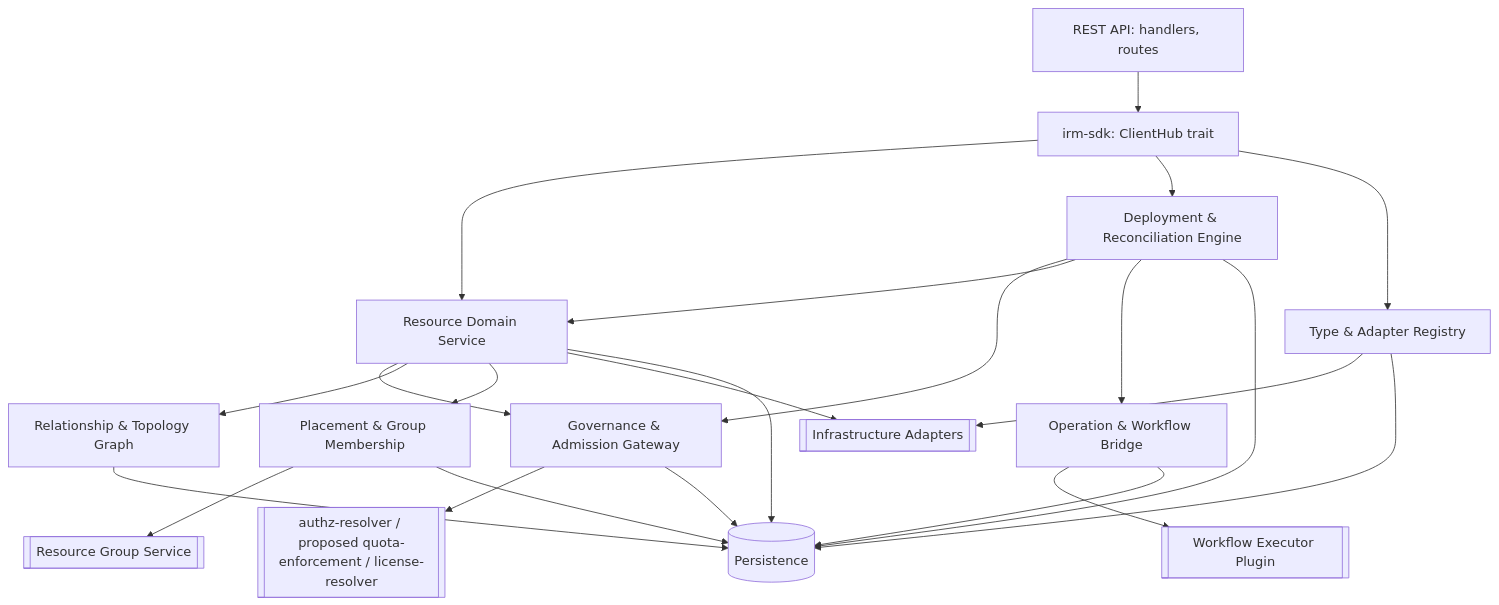
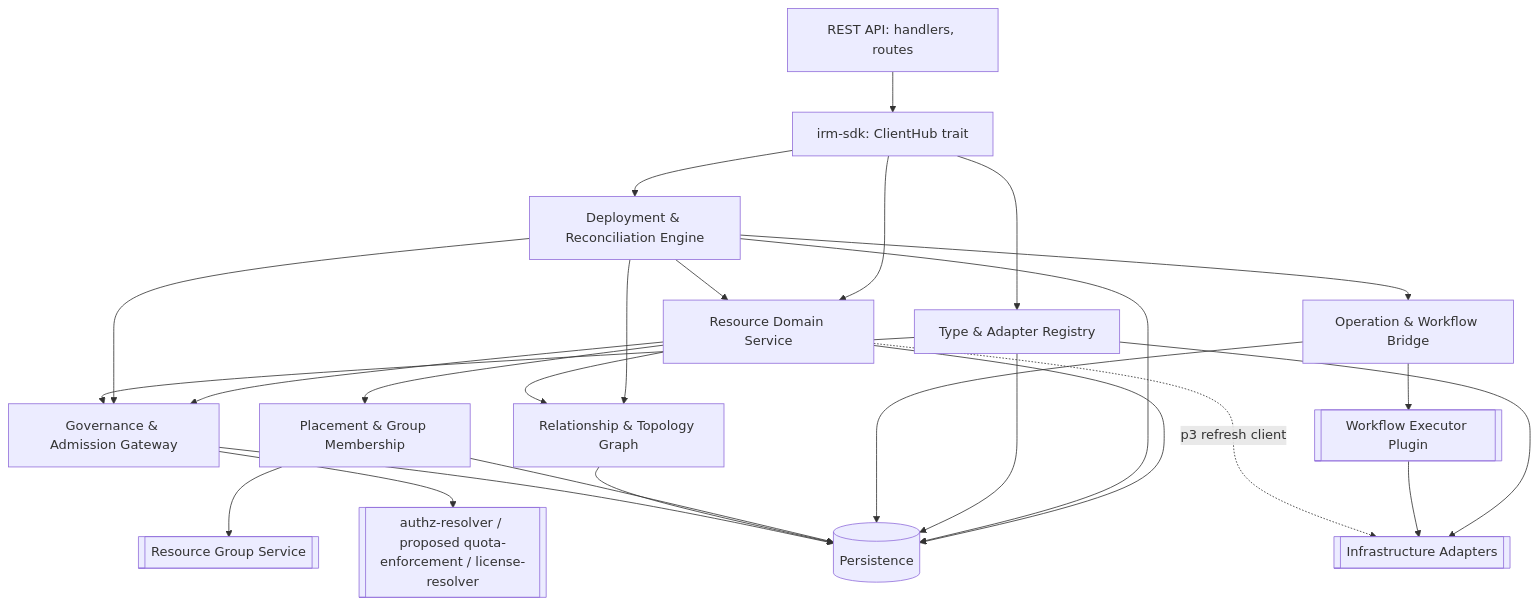
The first of 6 diagrams in gears/infrastructure-resource-manager/docs/DESIGN.md (Andrei-Iliushin-Constructor/gears-rust), drawn with Mermaid before and after one commit. The commit also changed other lines of this file and 1 other file, not shown here.

````diff
--- a/gears/infrastructure-resource-manager/docs/DESIGN.md
+++ b/gears/infrastructure-resource-manager/docs/DESIGN.md
@@ -307,40 +320,43 @@
 ```mermaid
 graph TD
     SDK[irm-sdk: ClientHub trait]
     REST[REST API: handlers, routes]
     TAR[Type & Adapter Registry]
     RDS[Resource Domain Service]
     DRE[Deployment & Reconciliation Engine]
     OWB[Operation & Workflow Bridge]
     PGM[Placement & Group Membership]
     RTG[Relationship & Topology Graph]
     GAG[Governance & Admission Gateway]
     STORE[(Persistence)]
     ADAPTERS[[Infrastructure Adapters]]
     WFX[[Workflow Executor Plugin]]
     RGSVC[[Resource Group Service]]
     AUTHZ[[authz-resolver / proposed quota-enforcement / license-resolver]]
 
     REST --> SDK
     SDK --> RDS
     SDK --> DRE
     SDK --> TAR
     RDS --> GAG
     DRE --> GAG
     DRE --> RDS
     DRE --> OWB
+    DRE --> RTG
+    TAR --> GAG
     RDS --> RTG
     RDS --> PGM
     OWB --> WFX
     TAR --> ADAPTERS
-    RDS --> ADAPTERS
+    WFX --> ADAPTERS
+    RDS -.->|p3 refresh client| ADAPTERS
     PGM --> RGSVC
     GAG --> AUTHZ
     RDS --> STORE
     DRE --> STORE
     TAR --> STORE
     OWB --> STORE
     PGM --> STORE
     RTG --> STORE
     GAG --> STORE
 ```
````
